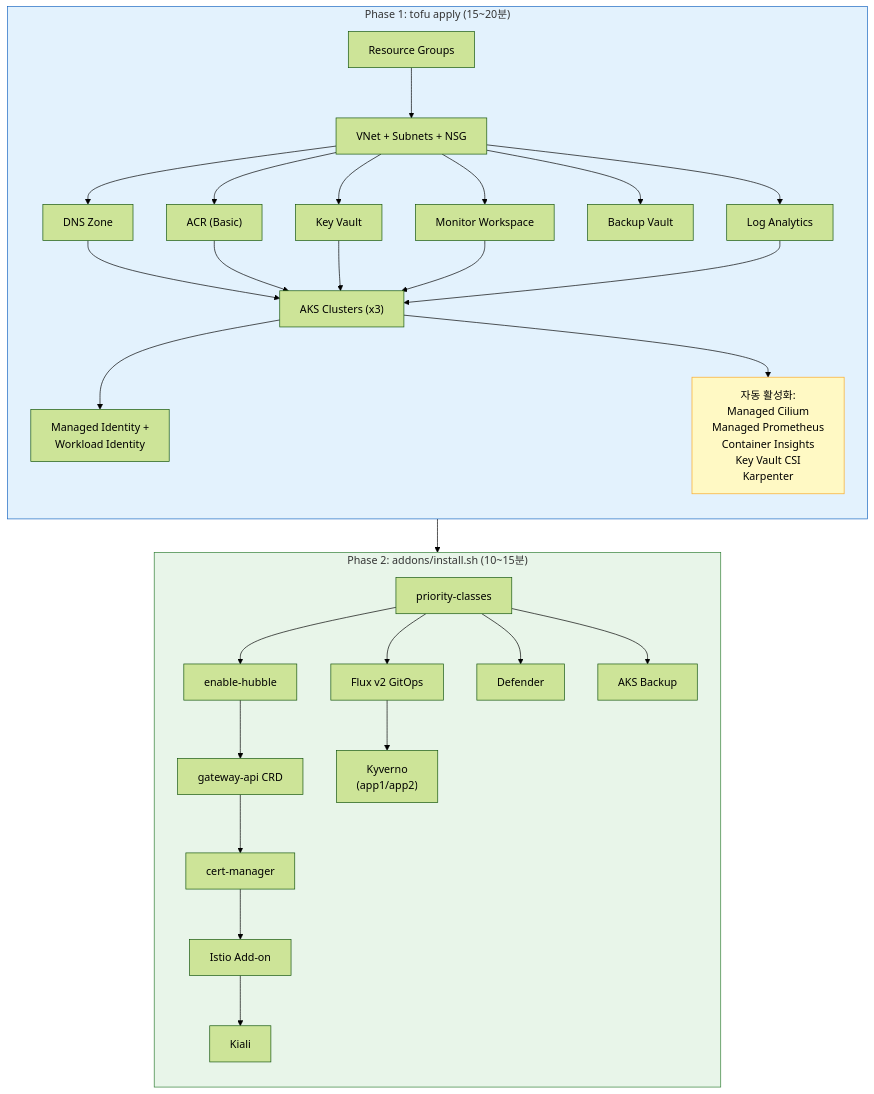
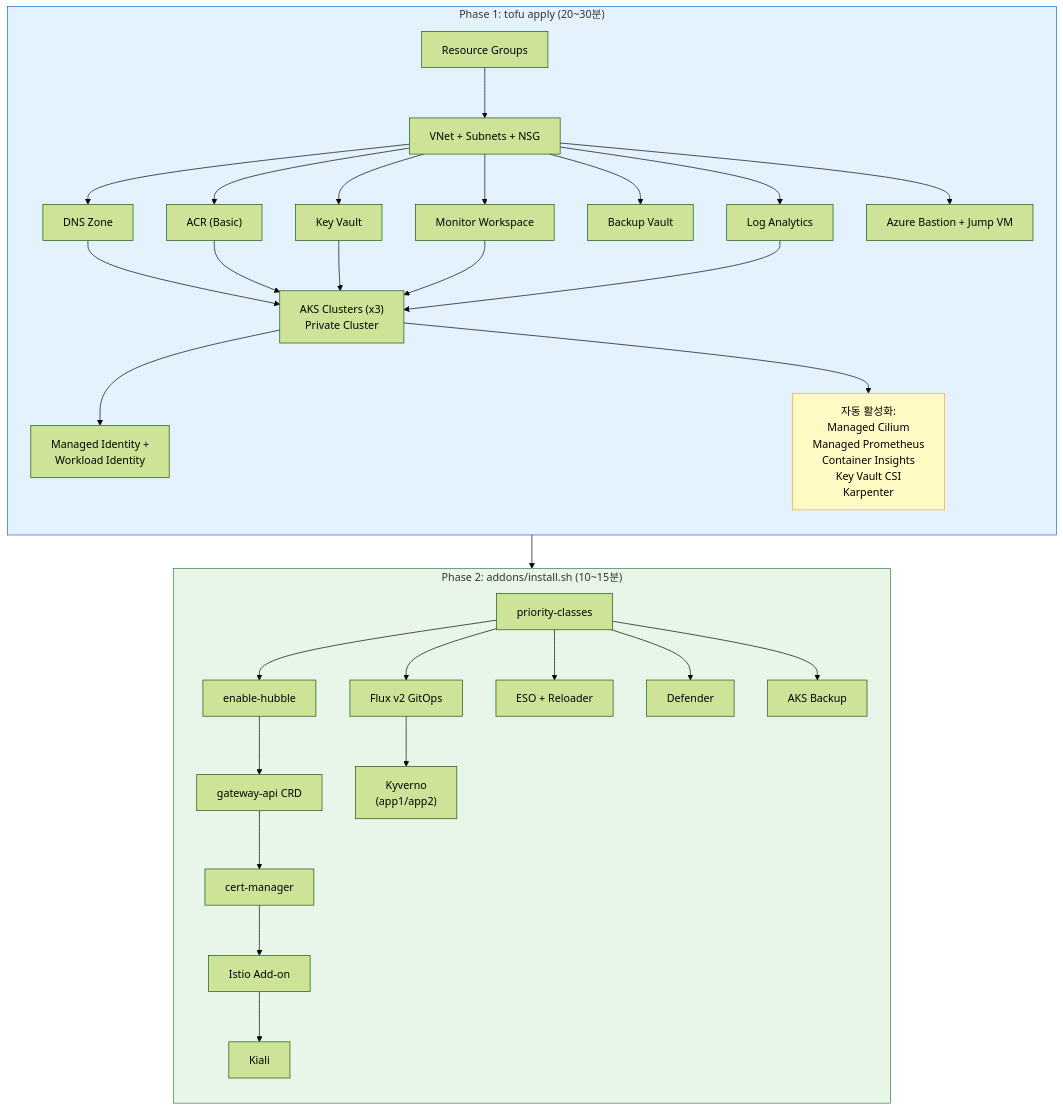
Before and after one commit to bocopile/azure-k8s-terraform: diagram 17 of 22 in document/azure/DIAGRAMS.md, drawn with Mermaid (forest theme). The commit also changed other lines of this file, not shown here.

First line of the commit message:
docs: DIAGRAMS.md 전면 재작성 및 다이어그램 정합성 수정

````diff
--- a/document/azure/DIAGRAMS.md
+++ b/document/azure/DIAGRAMS.md
@@ -641,39 +705,41 @@
 ```mermaid
 graph TB
-    subgraph Phase1["Phase 1: tofu apply (15~20분)"]
+    subgraph Phase1["Phase 1: tofu apply (20~30분)"]
         direction TB
         P1_1["Resource Groups"] --> P1_2["VNet + Subnets + NSG"]
         P1_2 --> P1_3["DNS Zone"]
         P1_2 --> P1_4["Key Vault"]
         P1_2 --> P1_5["Monitor Workspace"]
         P1_2 --> P1_6["Log Analytics"]
         P1_2 --> P1_7["Backup Vault"]
         P1_2 --> P1_ACR["ACR (Basic)"]
-        P1_3 --> P1_8["AKS Clusters (x3)"]
+        P1_2 --> P1_BAST["Azure Bastion + Jump VM"]
+        P1_3 --> P1_8["AKS Clusters (x3)<br/>Private Cluster"]
         P1_ACR --> P1_8
         P1_4 --> P1_8
         P1_5 --> P1_8
         P1_6 --> P1_8
         P1_8 --> P1_9["Managed Identity +<br/>Workload Identity"]
         P1_8 --> P1_AUTO["자동 활성화:<br/>Managed Cilium<br/>Managed Prometheus<br/>Container Insights<br/>Key Vault CSI<br/>Karpenter"]
     end
 
     subgraph Phase2["Phase 2: addons/install.sh (10~15분)"]
         direction TB
         P2_1["priority-classes"] --> P2_2["enable-hubble"]
         P2_2 --> P2_3["gateway-api CRD"]
         P2_3 --> P2_4["cert-manager"]
         P2_4 --> P2_5["Istio Add-on"]
         P2_5 --> P2_6["Kiali"]
         P2_1 --> P2_7["Flux v2 GitOps"]
         P2_7 --> P2_8["Kyverno<br/>(app1/app2)"]
-        P2_1 --> P2_9["Defender"]
-        P2_1 --> P2_10["AKS Backup"]
+        P2_1 --> P2_9["ESO + Reloader"]
+        P2_1 --> P2_10["Defender"]
+        P2_1 --> P2_11["AKS Backup"]
     end
 
     Phase1 --> Phase2
 
     style Phase1 fill:#e3f2fd,stroke:#1565c0
     style Phase2 fill:#e8f5e9,stroke:#2e7d32
     style P1_AUTO fill:#fff9c4,stroke:#f9a825
 ```
````
